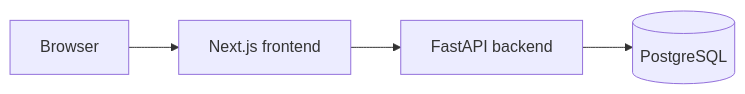
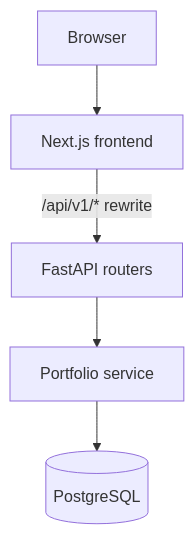
One commit to pgp41370-coder/portfolio-intelligence changed the first of 2 diagrams in docs/ARCHITECTURE.md. Above: the diagram before and after it, drawn with Mermaid. The commit also changed other lines of this file and 55 other files, not shown here.

````diff
--- a/docs/ARCHITECTURE.md
+++ b/docs/ARCHITECTURE.md
@@ -12,6 +15,7 @@
 ```mermaid
-flowchart LR
+flowchart TD
     B[Browser] --> N[Next.js frontend]
-    N --> F[FastAPI backend]
-    F --> P[(PostgreSQL)]
+    N -- "/api/v1/* rewrite" --> F[FastAPI routers]
+    F --> S[Portfolio service]
+    S --> P[(PostgreSQL)]
 ```
````
